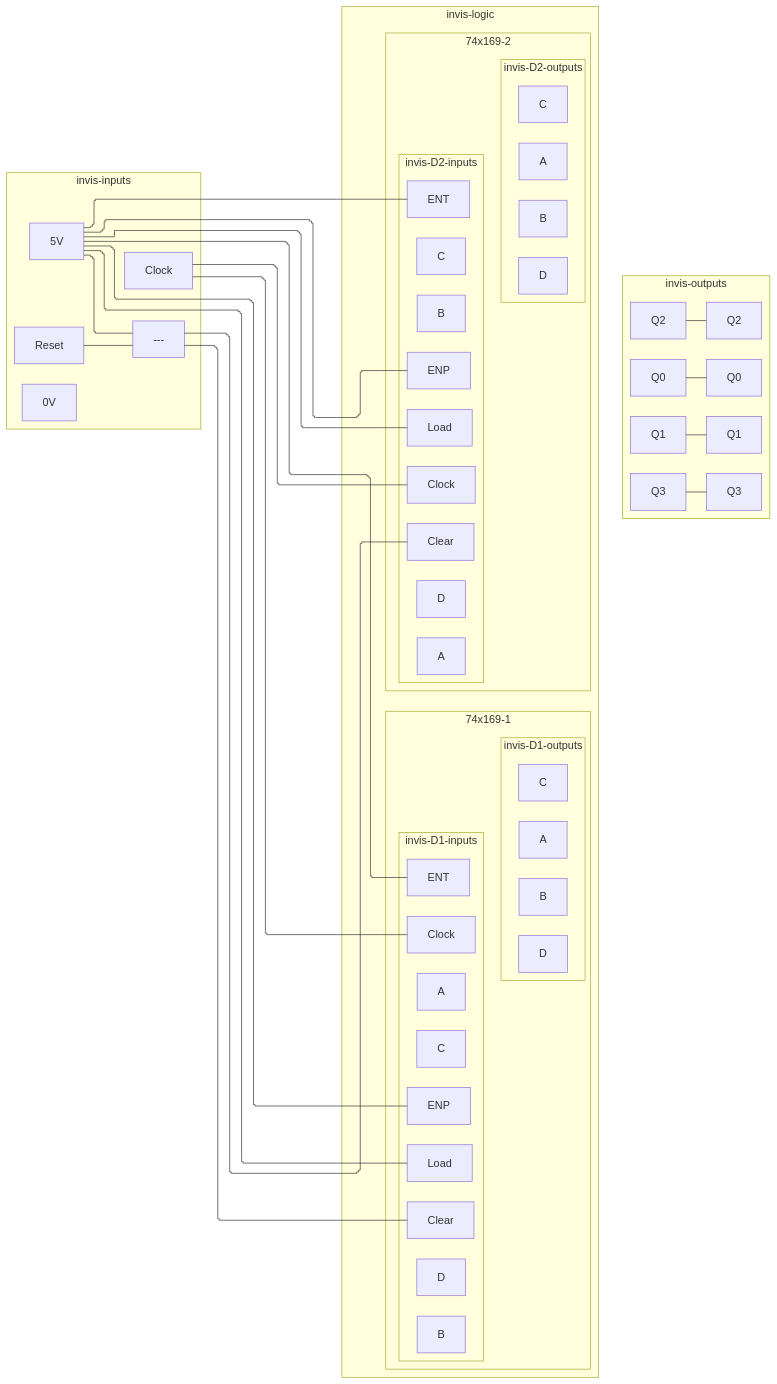
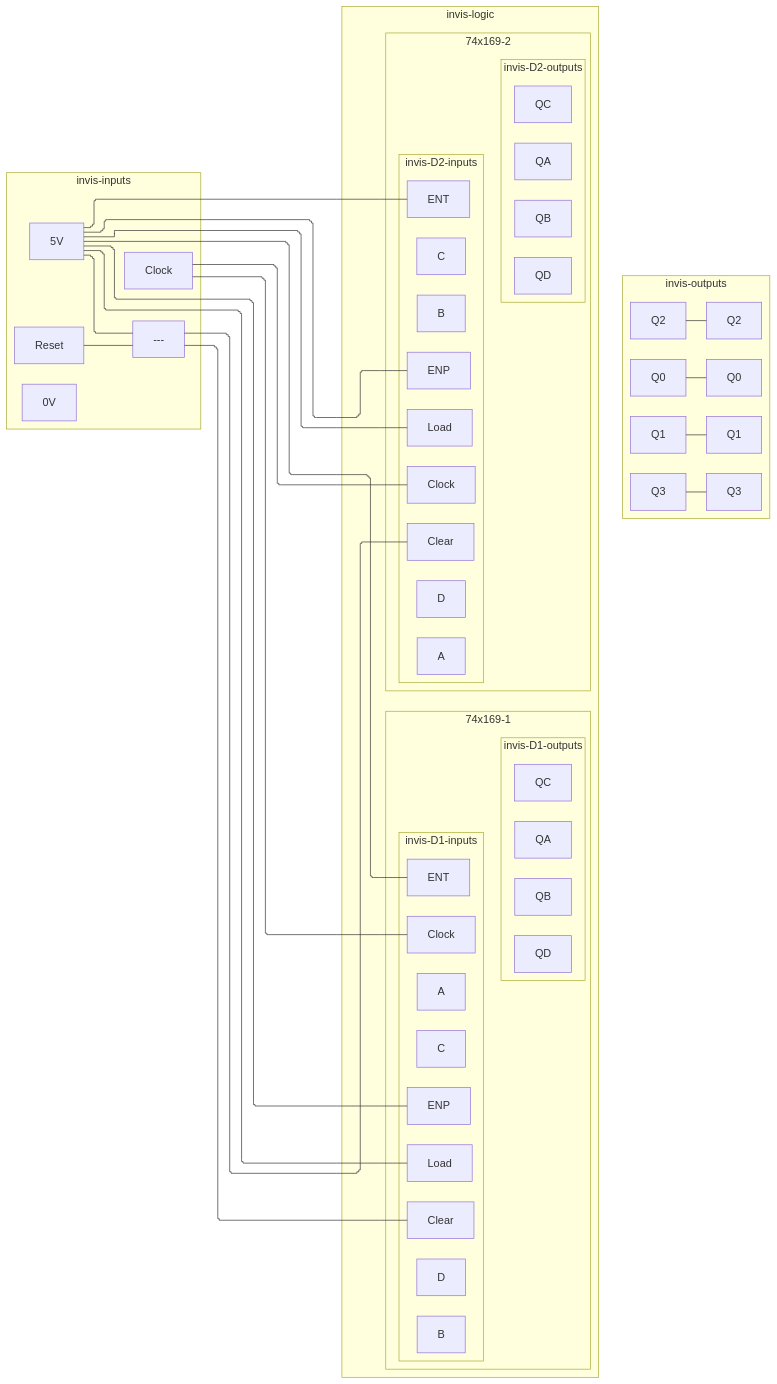
One commit to tnichols217/notes changed the seventh of 7 diagrams in CSDS 281 - Logic Design/HW/8/Tables.md. Above: the diagram before and after it, drawn with Mermaid.

Commit message:
vault backup: 2024-04-05 01:34:51

````diff
--- a/CSDS 281 - Logic Design/HW/8/Tables.md
+++ b/CSDS 281 - Logic Design/HW/8/Tables.md
@@ -327,66 +327,67 @@
 ```mermaid
 %%{ init: { 'flowchart': { 'curve': 'stepBefore', "defaultRenderer": "elk" } } }%%
 flowchart LR
 subgraph invis-inputs
 	Clock
 	5V
 	0V
 	Reset
 	Reset & 5V --- xor1[---]
 end
 subgraph invis-logic
 	subgraph 74x169-1
 		subgraph invis-D1-inputs
 			D1c[Clock]
 			D1CLR[Clear]
 			D1LD[Load]
 			D1ENP[ENP]
 			D1ENT[ENT]
 			D1A[A]
 			D1B[B]
 			D1C[C]
 			D1D[D]
 		end
 		Clock --- D1c
 		xor1 --- D1CLR
 		subgraph invis-D1-outputs
-			Q1A[A]
-			Q1B[B]
-			Q1C[C]
-			Q1D[D]
+			Q1A[QA]
+			Q1B[QB]
+			Q1C[QC]
+			Q1D[QD]
 		end
 		invis-D1-inputs ~~~ invis-D1-outputs
 	end
 	subgraph 74x169-2
 		subgraph invis-D2-inputs
 			D2c[Clock]
 			D2CLR[Clear]
 			D2LD[Load]
 			D2ENP[ENP]
 			D2ENT[ENT]
 			D2A[A]
 			D2B[B]
 			D2C[C]
 			D2D[D]
 		end
 		Clock --- D2c
 		xor1 --- D2CLR
 		subgraph invis-D2-outputs
-			Q2A[A]
-			Q2B[B]
-			Q2C[C]
-			Q2D[D]
+			Q2A[QA]
+			Q2B[QB]
+			Q2C[QC]
+			Q2D[QD]
 		end
 		invis-D2-inputs ~~~ invis-D2-outputs
 	end
 	5V --- D1LD & D1ENP & D1ENT
 	5V --- D2LD & D2ENP & D2ENT
+	
 end
 subgraph invis-outputs
 	Q0 --- Q0O[Q0]
 	Q1 --- Q1O[Q1]
 	Q2 --- Q2O[Q2]
 	Q3 --- Q3O[Q3]
 end
 invis-inputs ~~~ invis-logic ~~~ invis-outputs
 ```
````
